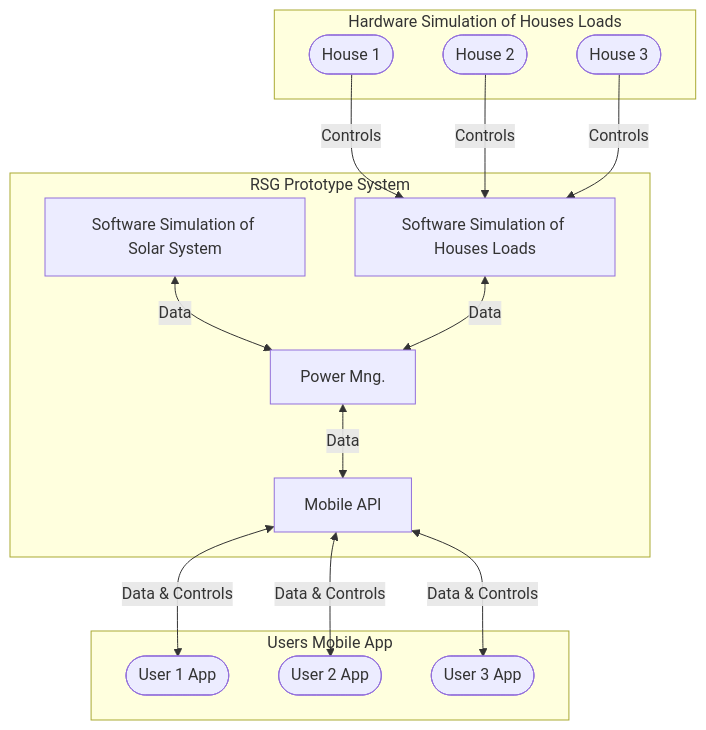
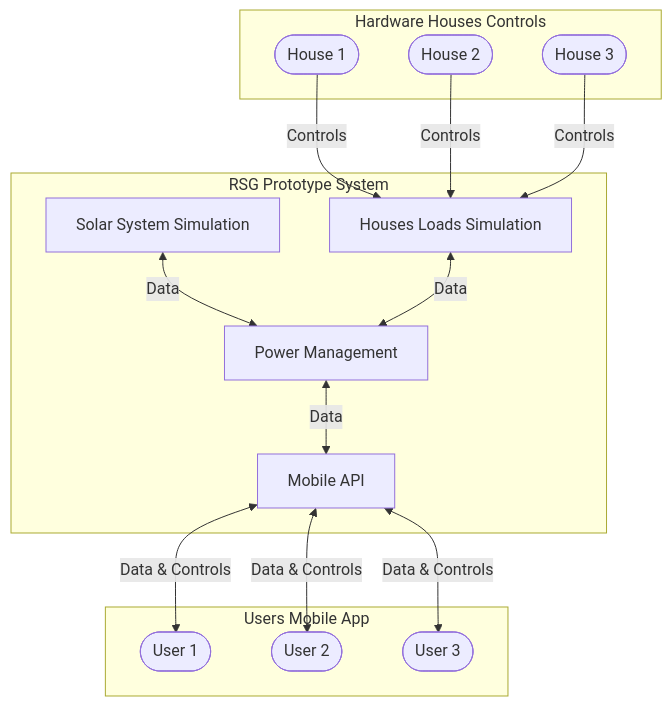
The diagram in graphs/rsg_prototype_system_graph.mermaid (ezAldinWaez/residential-smart-grid-prototype), drawn with Mermaid before and after one commit. The commit also changed 8 other files, not shown here.

```diff
--- a/graphs/rsg_prototype_system_graph.mermaid
+++ b/graphs/rsg_prototype_system_graph.mermaid
@@ -1,22 +1,24 @@
 graph TB
 
-  subgraph HSHL[Hardware Simulation of Houses Loads]
-    HSHL_H1([House 1])
-    HSHL_H2([House 2])
-    HSHL_H3([House 3])
+  subgraph HHC[Hardware Houses Controls]
+    HHC_H1([House 1])
+    HHC_H2([House 2])
+    HHC_H3([House 3])
   end
 
   subgraph RSGPS[RSG Prototype System]
-    RSGPS_SSSS[Software Simulation of Solar System]
-    RSGPS_SSHL[Software Simulation of Houses Loads]
-    RSGPS_PM[Power Mng.]
+    RSGPS_SSS[Solar System Simulation]
+    RSGPS_HLS[Houses Loads Simulation]
+    RSGPS_PM[Power Management]
     RSGPS_MA[Mobile API]
   end
 
   subgraph UMA[Users Mobile App]
-    UMA_U1([User 1 App]) & UMA_U2([User 2 App]) & UMA_U3([User 3 App])
+    UMA_U1([User 1])
+    UMA_U2([User 2])
+    UMA_U3([User 3])
   end
 
-  RSGPS_SSSS & RSGPS_SSHL <--Data--> RSGPS_PM <--Data--> RSGPS_MA
-  HSHL_H1 & HSHL_H2 & HSHL_H3 --Controls--> RSGPS_SSHL
+  RSGPS_SSS & RSGPS_HLS <--Data--> RSGPS_PM <--Data--> RSGPS_MA
+  HHC_H1 & HHC_H2 & HHC_H3 --Controls--> RSGPS_HLS
   RSGPS_MA <--Data & Controls--> UMA_U1 & UMA_U2 & UMA_U3
```
